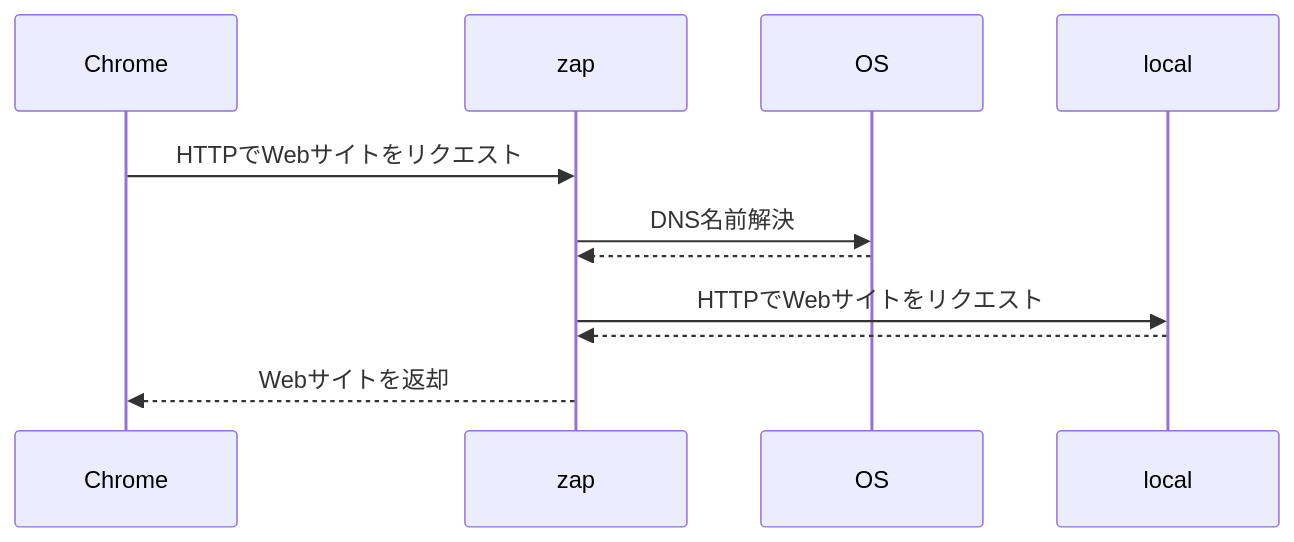
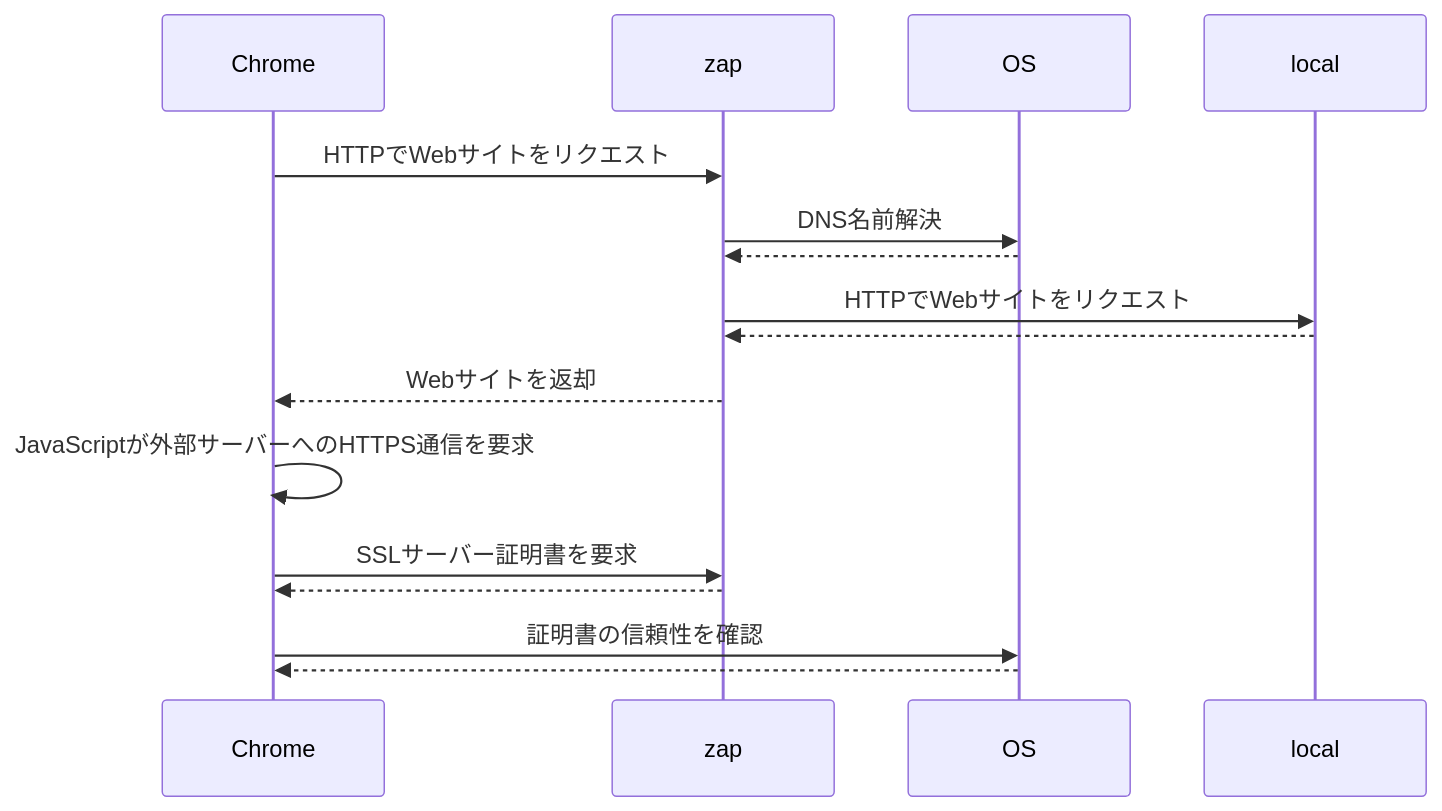
Before and after one commit to xhiroga/zenn-content: the diagram in articles/owasp-zap-localhost-subdomain.md, drawn with Mermaid.

Commit message:
chore: 更にちょい足し

````diff
--- a/articles/owasp-zap-localhost-subdomain.md
+++ b/articles/owasp-zap-localhost-subdomain.md
@@ -44,9 +44,14 @@
 ```mermaid
 sequenceDiagram
     Chrome->>zap: HTTPでWebサイトをリクエスト
     zap->>OS: DNS名前解決
     OS-->>zap: 
     zap->>local: HTTPでWebサイトをリクエスト
     local-->>zap: 
     zap-->>Chrome: Webサイトを返却
+    Chrome->>Chrome: JavaScriptが外部サーバーへのHTTPS通信を要求
+    Chrome->>zap: SSLサーバー証明書を要求
+    zap-->>Chrome: 
+    Chrome->>OS: 証明書の信頼性を確認
+    OS-->>Chrome: 
 ```
````
